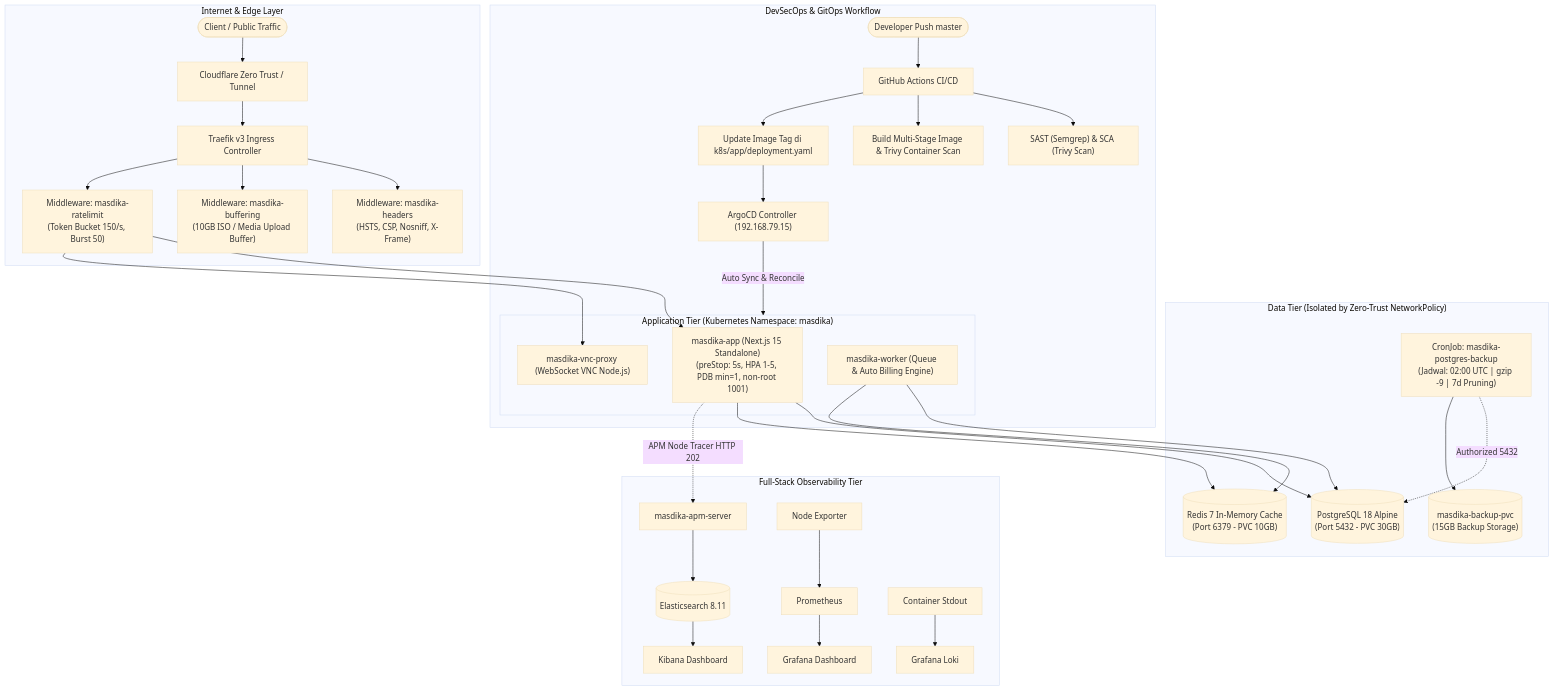
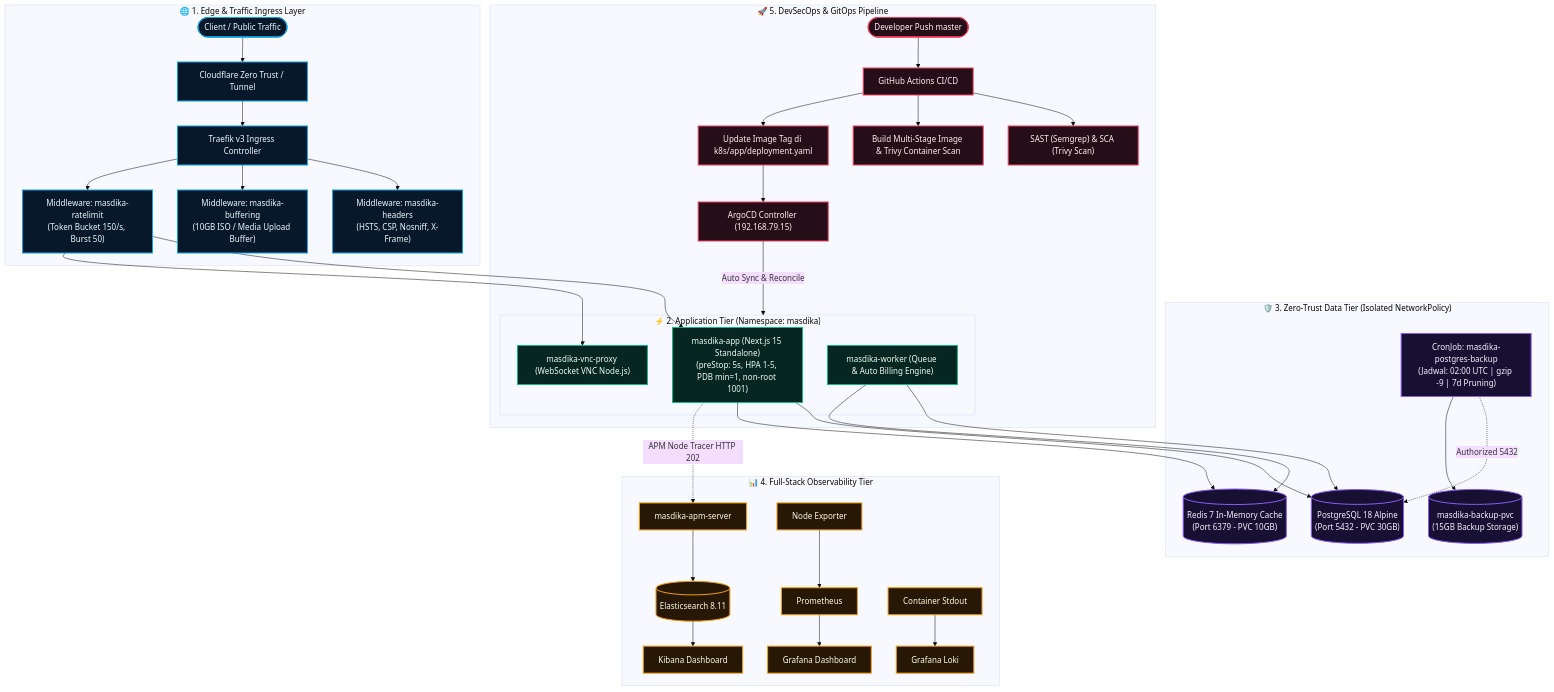
The diagram in README.md (masdikaaa/masdika.id), drawn with Mermaid (base theme) before and after one commit. The commit also changed other lines of this file and 1 other file, not shown here.

Commit message:
docs: add modern high-resolution SVG architecture diagram and styled collapsible mermaid

````diff
--- a/README.md
+++ b/README.md
@@ -29,42 +37,48 @@
 ```mermaid
 flowchart TD
-    subgraph Edge ["Internet & Edge Layer"]
-        User(["Client / Public Traffic"]) --> CF["Cloudflare Zero Trust / Tunnel"]
-        CF --> Traefik["Traefik v3 Ingress Controller"]
-        Traefik --> MW_H["Middleware: masdika-headers\n(HSTS, CSP, Nosniff, X-Frame)"]
-        Traefik --> MW_B["Middleware: masdika-buffering\n(10GB ISO / Media Upload Buffer)"]
-        Traefik --> MW_R["Middleware: masdika-ratelimit\n(Token Bucket 150/s, Burst 50)"]
+    classDef edge fill:#08182b,stroke:#0ea5e9,stroke-width:2px,color:#f0f9ff;
+    classDef app fill:#062621,stroke:#10b981,stroke-width:2px,color:#f0fdf4;
+    classDef data fill:#181033,stroke:#8b5cf6,stroke-width:2px,color:#f5f3ff;
+    classDef obs fill:#261804,stroke:#f59e0b,stroke-width:2px,color:#fffbeb;
+    classDef gitops fill:#260e18,stroke:#f43f5e,stroke-width:2px,color:#fff1f2;
+
+    subgraph Edge ["🌐 1. Edge & Traffic Ingress Layer"]
+        User(["Client / Public Traffic"]):::edge --> CF["Cloudflare Zero Trust / Tunnel"]:::edge
+        CF --> Traefik["Traefik v3 Ingress Controller"]:::edge
+        Traefik --> MW_H["Middleware: masdika-headers\n(HSTS, CSP, Nosniff, X-Frame)"]:::edge
+        Traefik --> MW_B["Middleware: masdika-buffering\n(10GB ISO / Media Upload Buffer)"]:::edge
+        Traefik --> MW_R["Middleware: masdika-ratelimit\n(Token Bucket 150/s, Burst 50)"]:::edge
     end
 
-    subgraph AppTier ["Application Tier (Kubernetes Namespace: masdika)"]
-        MW_R --> App["masdika-app (Next.js 15 Standalone)\n(preStop: 5s, HPA 1-5, PDB min=1, non-root 1001)"]
-        MW_R --> VNC["masdika-vnc-proxy (WebSocket VNC Node.js)"]
-        Worker["masdika-worker (Queue & Auto Billing Engine)"]
+    subgraph AppTier ["⚡ 2. Application Tier (Namespace: masdika)"]
+        MW_R --> App["masdika-app (Next.js 15 Standalone)\n(preStop: 5s, HPA 1-5, PDB min=1, non-root 1001)"]:::app
+        MW_R --> VNC["masdika-vnc-proxy (WebSocket VNC Node.js)"]:::app
+        Worker["masdika-worker (Queue & Auto Billing Engine)"]:::app
     end
 
-    subgraph ZeroTrustNetwork ["Data Tier (Isolated by Zero-Trust NetworkPolicy)"]
-        App --> DB[("PostgreSQL 18 Alpine\n(Port 5432 - PVC 30GB)")]
+    subgraph ZeroTrustNetwork ["🛡️ 3. Zero-Trust Data Tier (Isolated NetworkPolicy)"]
+        App --> DB[("PostgreSQL 18 Alpine\n(Port 5432 - PVC 30GB)")]:::data
         Worker --> DB
-        App --> Redis[("Redis 7 In-Memory Cache\n(Port 6379 - PVC 10GB)")]
+        App --> Redis[("Redis 7 In-Memory Cache\n(Port 6379 - PVC 10GB)")]:::data
         Worker --> Redis
-        CronBackup["CronJob: masdika-postgres-backup\n(Jadwal: 02:00 UTC | gzip -9 | 7d Pruning)"] -.->|Authorized 5432| DB
-        CronBackup --> BackupStorage[("masdika-backup-pvc\n(15GB Backup Storage)")]
+        CronBackup["CronJob: masdika-postgres-backup\n(Jadwal: 02:00 UTC | gzip -9 | 7d Pruning)"]:::data -.->|Authorized 5432| DB
+        CronBackup --> BackupStorage[("masdika-backup-pvc\n(15GB Backup Storage)")]:::data
     end
 
-    subgraph ObservabilityTier ["Full-Stack Observability Tier"]
-        App -.->|APM Node Tracer HTTP 202| APMServer["masdika-apm-server"]
-        APMServer --> Elastic[("Elasticsearch 8.11")]
-        Elastic --> Kibana["Kibana Dashboard"]
-        NodeExporter["Node Exporter"] --> Prom["Prometheus"] --> Grafana["Grafana Dashboard"]
-        AppLogs["Container Stdout"] --> Loki["Grafana Loki"]
+    subgraph ObservabilityTier ["📊 4. Full-Stack Observability Tier"]
+        App -.->|APM Node Tracer HTTP 202| APMServer["masdika-apm-server"]:::obs
+        APMServer --> Elastic[("Elasticsearch 8.11")]:::obs
+        Elastic --> Kibana["Kibana Dashboard"]:::obs
+        NodeExporter["Node Exporter"]:::obs --> Prom["Prometheus"]:::obs --> Grafana["Grafana Dashboard"]:::obs
+        AppLogs["Container Stdout"]:::obs --> Loki["Grafana Loki"]:::obs
     end
 
-    subgraph GitOpsCI ["DevSecOps & GitOps Workflow"]
-        Developer(["Developer Push master"]) --> GHA["GitHub Actions CI/CD"]
-        GHA --> SAST["SAST (Semgrep) & SCA (Trivy Scan)"]
-        GHA --> Docker["Build Multi-Stage Image & Trivy Container Scan"]
-        GHA --> PushTag["Update Image Tag di k8s/app/deployment.yaml"]
-        PushTag --> ArgoCD["ArgoCD Controller (192.168.79.15)"]
+    subgraph GitOpsCI ["🚀 5. DevSecOps & GitOps Pipeline"]
+        Developer(["Developer Push master"]):::gitops --> GHA["GitHub Actions CI/CD"]:::gitops
+        GHA --> SAST["SAST (Semgrep) & SCA (Trivy Scan)"]:::gitops
+        GHA --> Docker["Build Multi-Stage Image & Trivy Container Scan"]:::gitops
+        GHA --> PushTag["Update Image Tag di k8s/app/deployment.yaml"]:::gitops
+        PushTag --> ArgoCD["ArgoCD Controller (192.168.79.15)"]:::gitops
         ArgoCD -->|Auto Sync & Reconcile| AppTier
     end
 ```
````
